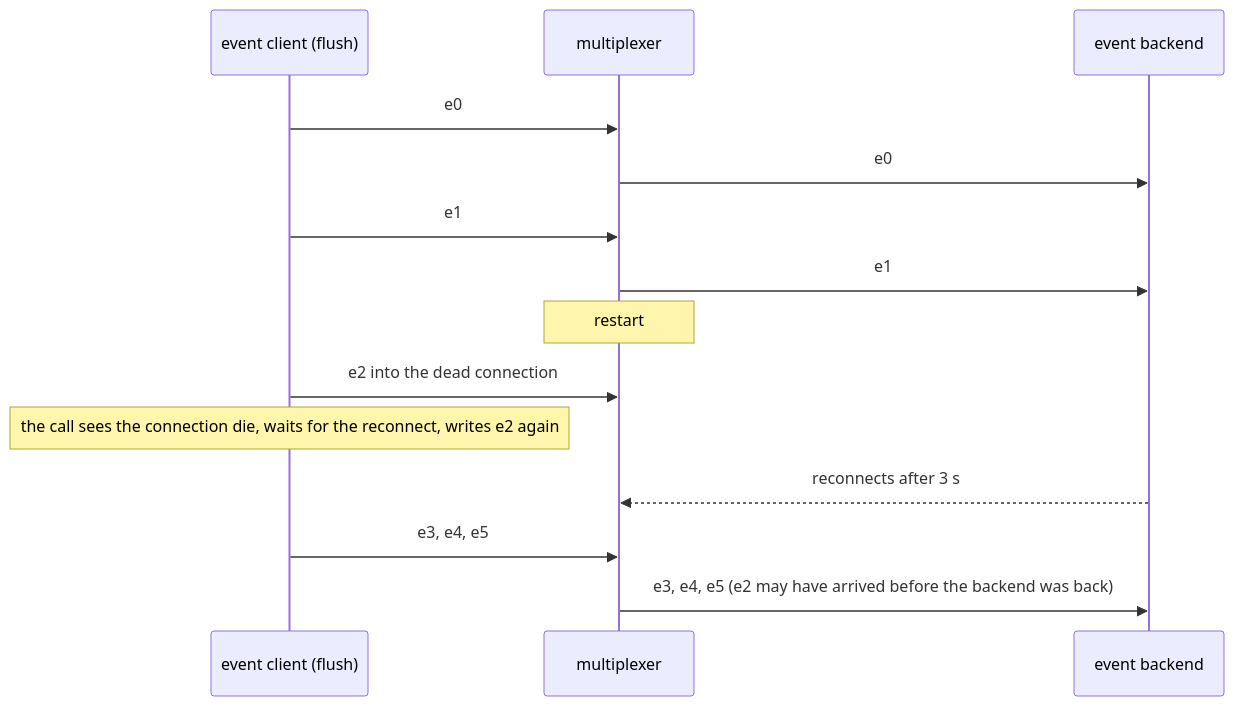
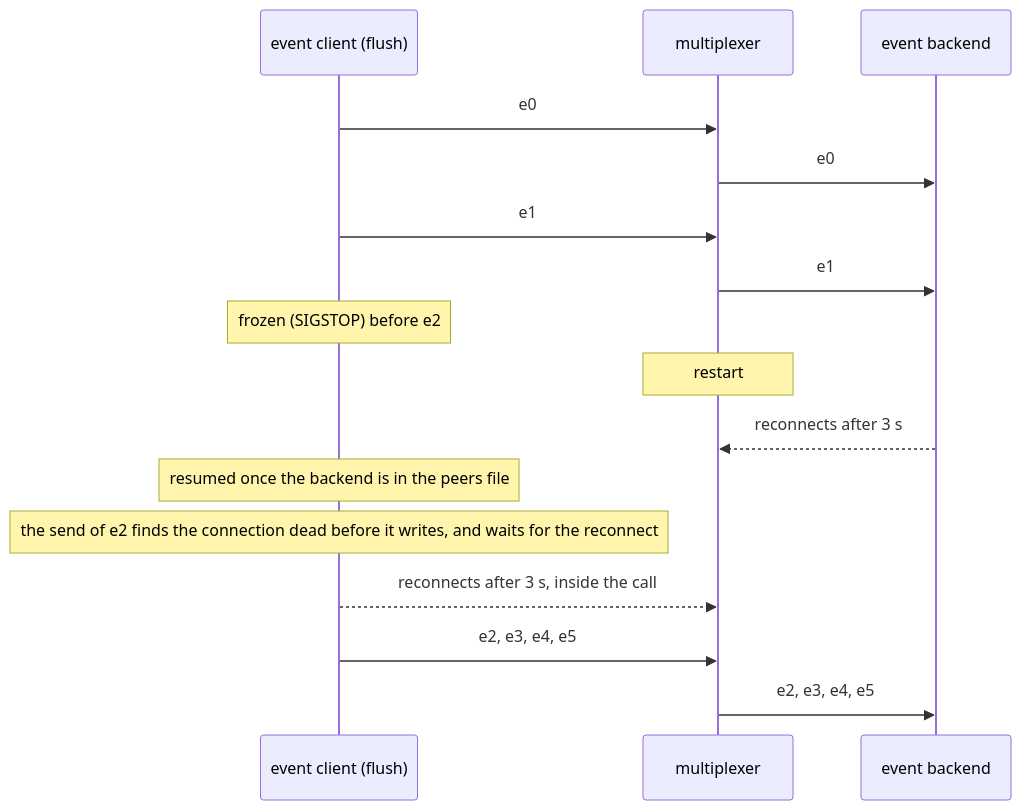
Before and after one commit to kulewski/multiplexer: the diagram in tests/scenarios/mx_restarts_under_events/README.md, drawn with Mermaid. The commit also changed other lines of this file and 90 other files, not shown here.

````diff
--- a/tests/scenarios/mx_restarts_under_events/README.md
+++ b/tests/scenarios/mx_restarts_under_events/README.md
@@ -13,16 +15,18 @@
 ```mermaid
 sequenceDiagram
     participant S as event client (flush)
     participant M as multiplexer
     participant B as event backend
     S->>M: e0
     M->>B: e0
     S->>M: e1
     M->>B: e1
+    Note over S: frozen (SIGSTOP) before e2
     Note over M: restart
-    S->>M: e2 into the dead connection
-    Note over S: the call sees the connection die, waits for the reconnect, writes e2 again
     B-->>M: reconnects after 3 s
-    S->>M: e3, e4, e5
-    M->>B: e3, e4, e5 (e2 may have arrived before the backend was back)
+    Note over S: resumed once the backend is in the peers file
+    Note over S: the send of e2 finds the connection dead before it writes, and waits for the reconnect
+    S-->>M: reconnects after 3 s, inside the call
+    S->>M: e2, e3, e4, e5
+    M->>B: e2, e3, e4, e5
 ```
````
